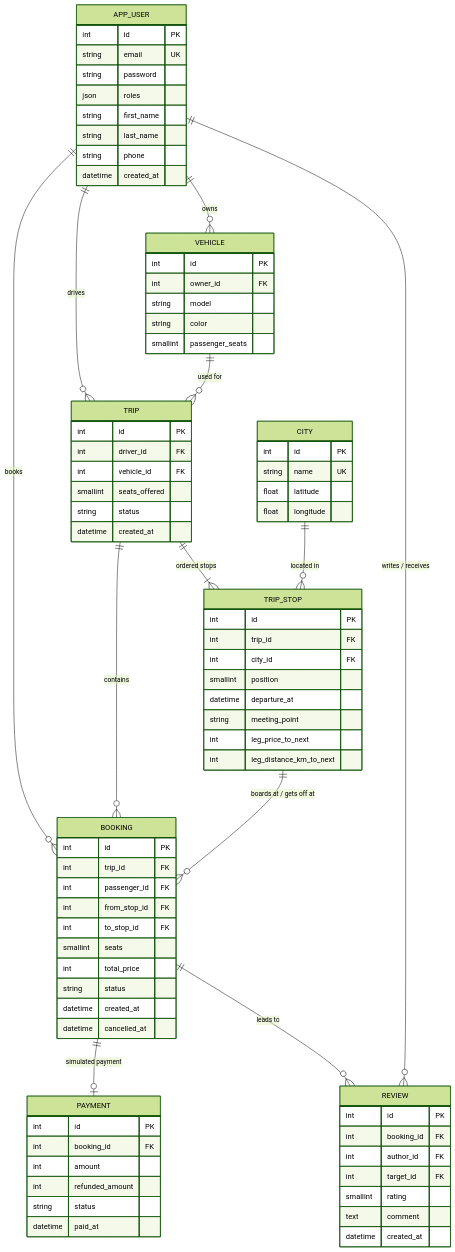
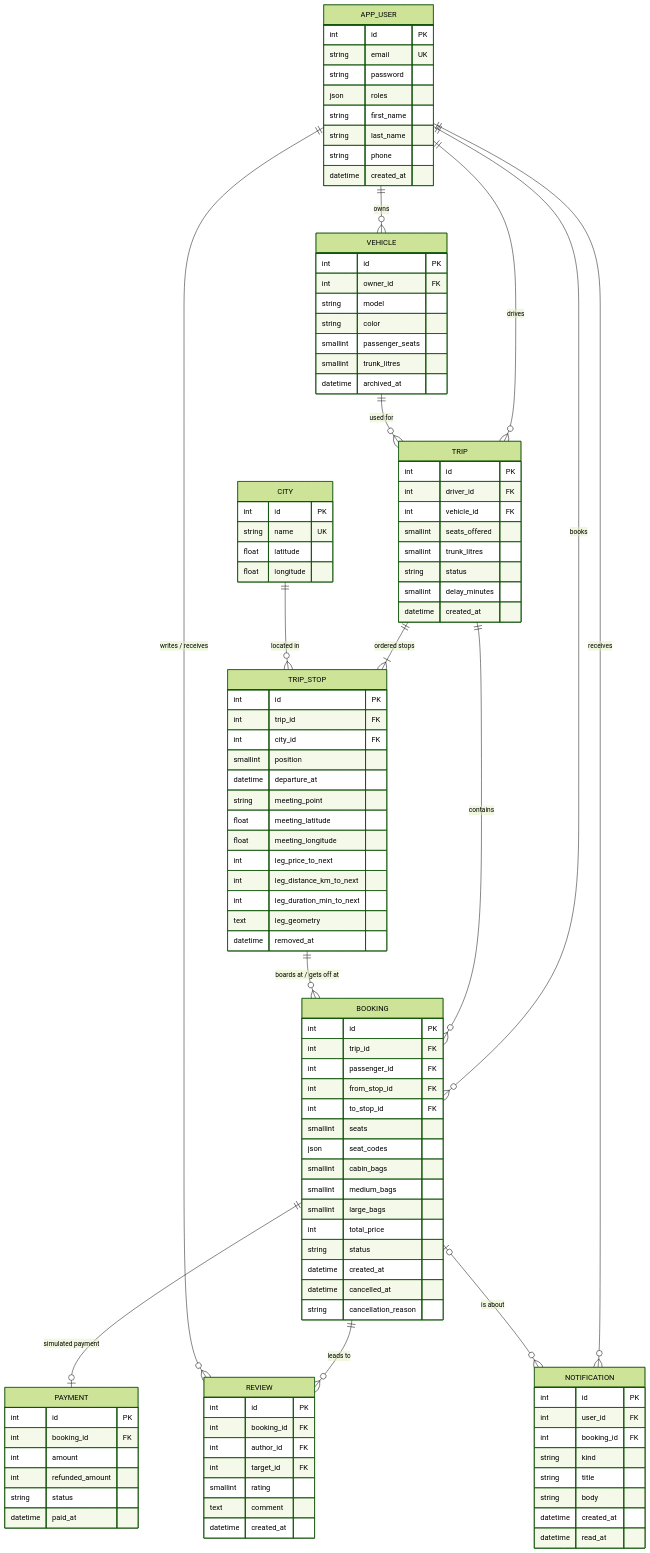
The diagram in docs/MODELE.md (oubellaismail/rihla), drawn with Mermaid (forest theme) before and after one commit. The commit also changed other lines of this file, not shown here.

````diff
--- a/docs/MODELE.md
+++ b/docs/MODELE.md
@@ -26,6 +31,8 @@
     BOOKING ||--o| PAYMENT : "simulated payment"
     BOOKING ||--o{ REVIEW : "leads to"
     APP_USER ||--o{ REVIEW : "writes / receives"
+    APP_USER ||--o{ NOTIFICATION : receives
+    BOOKING |o--o{ NOTIFICATION : "is about"
 
     APP_USER {
         int id PK
@@ -43,6 +50,8 @@
         string model
         string color
         smallint passenger_seats
+        smallint trunk_litres
+        datetime archived_at
     }
     CITY {
         int id PK
@@ -55,7 +64,9 @@
         int driver_id FK
         int vehicle_id FK
         smallint seats_offered
+        smallint trunk_litres
         string status
+        smallint delay_minutes
         datetime created_at
     }
     TRIP_STOP {
@@ -65,8 +76,13 @@
         smallint position
         datetime departure_at
         string meeting_point
+        float meeting_latitude
+        float meeting_longitude
         int leg_price_to_next
         int leg_distance_km_to_next
+        int leg_duration_min_to_next
+        text leg_geometry
+        datetime removed_at
     }
     BOOKING {
         int id PK
@@ -75,10 +91,15 @@
         int from_stop_id FK
         int to_stop_id FK
         smallint seats
+        json seat_codes
+        smallint cabin_bags
+        smallint medium_bags
+        smallint large_bags
         int total_price
         string status
         datetime created_at
         datetime cancelled_at
+        string cancellation_reason
     }
     PAYMENT {
         int id PK
@@ -97,4 +118,14 @@
         text comment
         datetime created_at
     }
+    NOTIFICATION {
+        int id PK
+        int user_id FK
+        int booking_id FK
+        string kind
+        string title
+        string body
+        datetime created_at
+        datetime read_at
+    }
 ```
````
